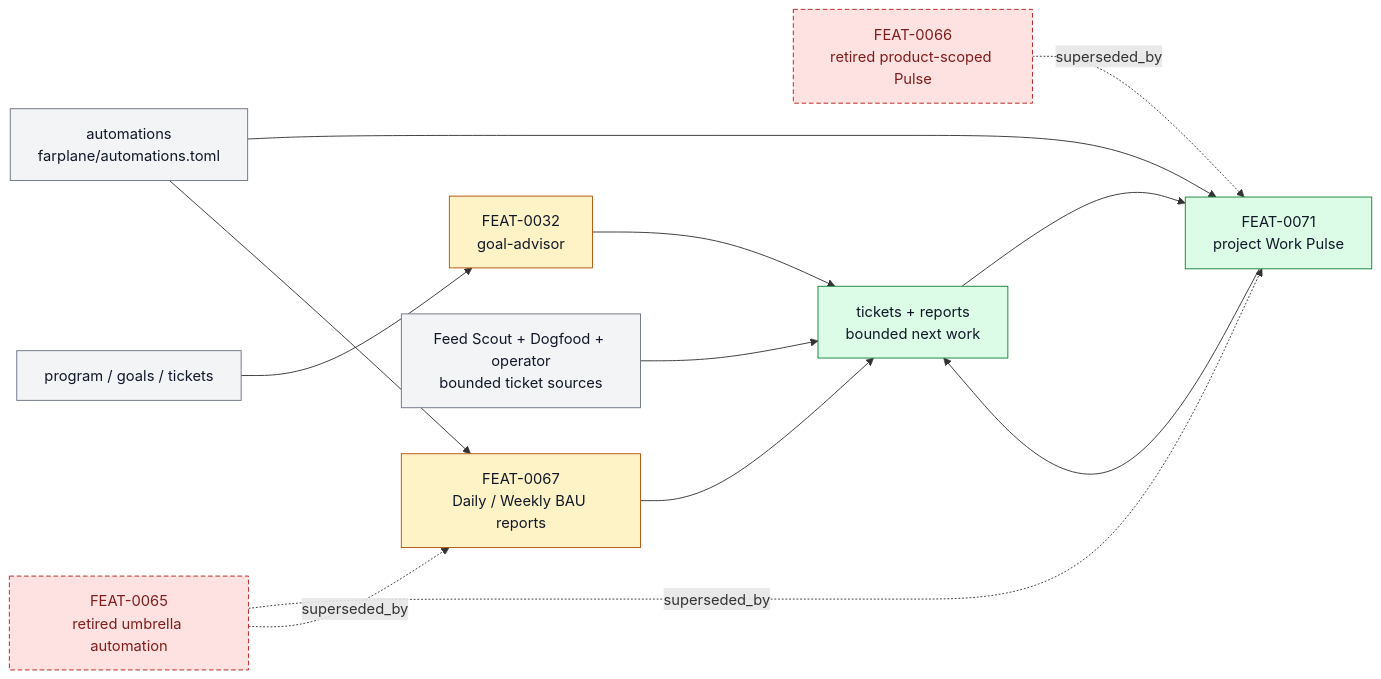
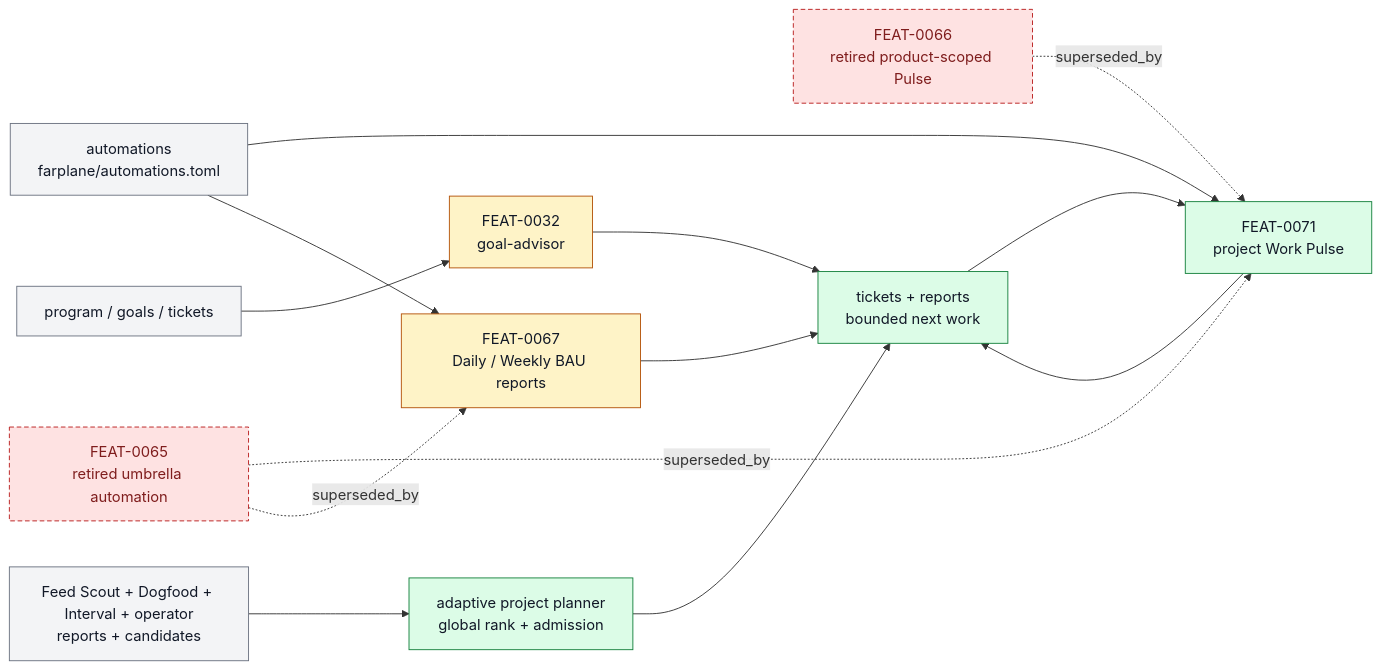
The diagram in docs/systems/horizon-loop.md (ZanarkandTechnologies/Farplane), drawn with Mermaid before and after one commit. The commit also changed other lines of this file and 45 other files, not shown here.

Commit message:
feat(pulse): make planning adaptive and area-aware

````diff
--- a/docs/systems/horizon-loop.md
+++ b/docs/systems/horizon-loop.md
@@ -103,25 +105,26 @@
 ```mermaid
 flowchart LR
   classDef keep fill:#f3f4f6,stroke:#6b7280,color:#111827
   classDef changed fill:#fef3c7,stroke:#b45309,color:#111827
   classDef added fill:#dcfce7,stroke:#15803d,color:#111827
   classDef retired fill:#fee2e2,stroke:#b91c1c,color:#7f1d1d,stroke-dasharray: 5 3
 
   goals["program / goals / tickets"]:::keep
   automations["automations<br/>farplane/automations.toml"]:::keep
   advisor["FEAT-0032<br/>goal-advisor"]:::changed
   pulse["FEAT-0071<br/>project Work Pulse"]:::added
   interval["FEAT-0067<br/>Daily / Weekly BAU reports"]:::changed
-  sources["Feed Scout + Dogfood + operator<br/>bounded ticket sources"]:::keep
+  sources["Feed Scout + Dogfood + Interval + operator<br/>reports + candidates"]:::keep
   old["FEAT-0065<br/>retired umbrella automation"]:::retired
   productPulse["FEAT-0066<br/>retired product-scoped Pulse"]:::retired
+  planner["adaptive project planner<br/>global rank + admission"]:::added
   outputs["tickets + reports<br/>bounded next work"]:::added
 
   goals --> advisor --> outputs
   automations --> pulse --> outputs
   automations --> interval --> outputs
-  sources --> outputs --> pulse
+  sources --> planner --> outputs --> pulse
   old -. "superseded_by" .-> pulse
   old -. "superseded_by" .-> interval
   productPulse -. "superseded_by" .-> pulse
 ```
````
